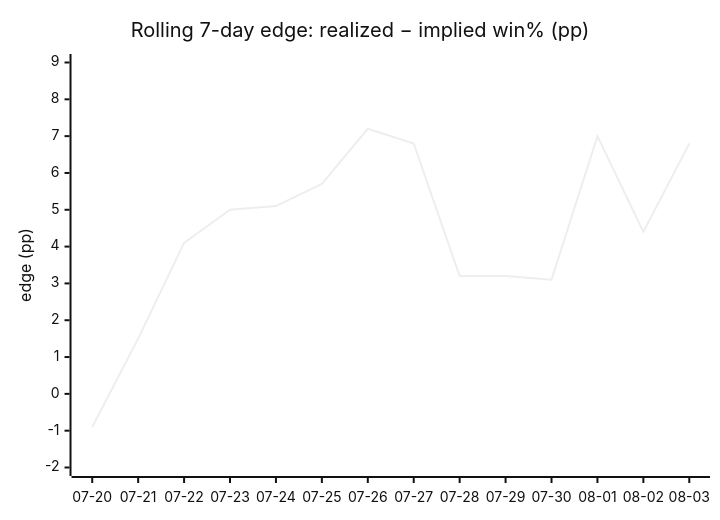
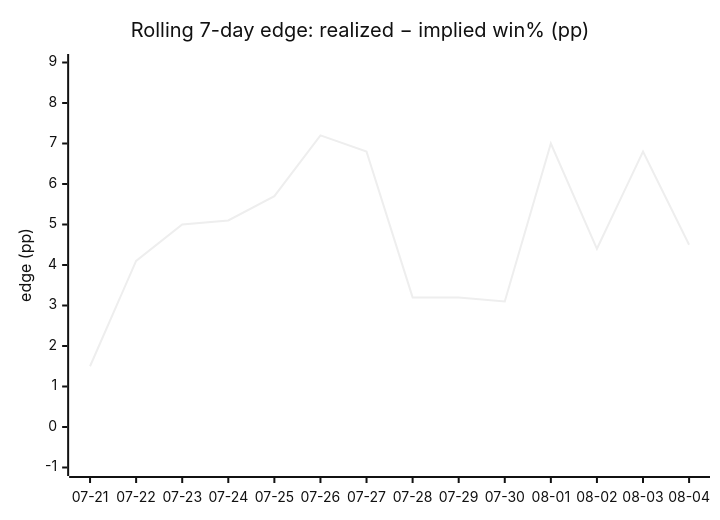
The fourth of 4 diagrams in DAILY_AGSU_REPORT.md (dpk1212/nhl-savant), drawn with Mermaid (neutral theme) before and after one commit. The commit also changed other lines of this file, not shown here.

````diff
--- a/DAILY_AGSU_REPORT.md
+++ b/DAILY_AGSU_REPORT.md
@@ -722,7 +728,7 @@
 ```mermaid
 xychart-beta
     title "Rolling 7-day edge: realized − implied win% (pp)"
-    x-axis ["07-20", "07-21", "07-22", "07-23", "07-24", "07-25", "07-26", "07-27", "07-28", "07-29", "07-30", "08-01", "08-02", "08-03"]
-    y-axis "edge (pp)" -2 --> 9
-    line [-0.9, 1.5, 4.1, 5, 5.1, 5.7, 7.2, 6.8, 3.2, 3.2, 3.1, 7, 4.4, 6.8]
+    x-axis ["07-21", "07-22", "07-23", "07-24", "07-25", "07-26", "07-27", "07-28", "07-29", "07-30", "08-01", "08-02", "08-03", "08-04"]
+    y-axis "edge (pp)" -1 --> 9
+    line [1.5, 4.1, 5, 5.1, 5.7, 7.2, 6.8, 3.2, 3.2, 3.1, 7, 4.4, 6.8, 4.5]
 ```
````
